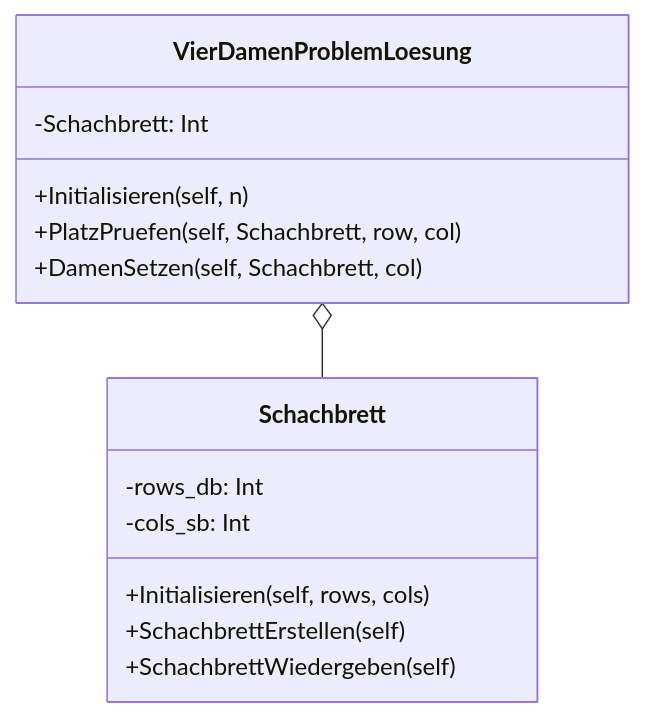
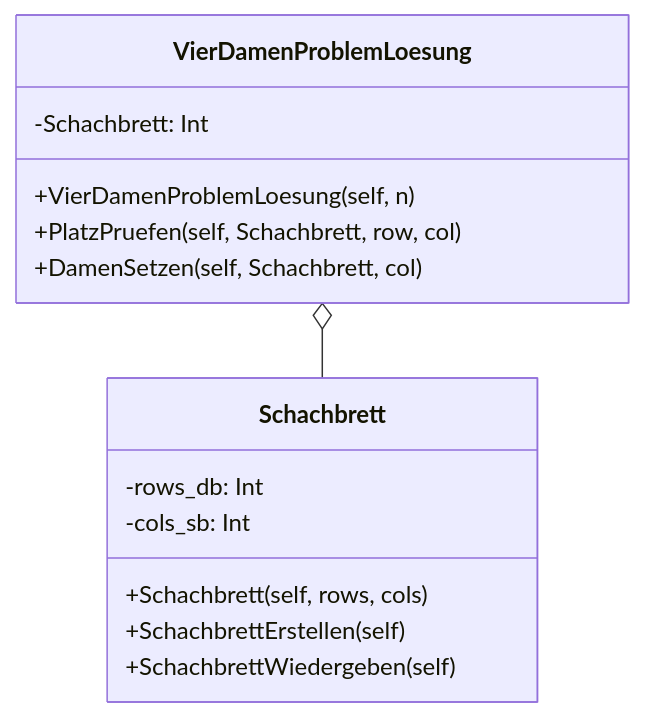
Before and after one commit to timcordua/Tim_Cordua_46808_4-Queens-Problem-4x4--field: the diagram in README.md, drawn with Mermaid.

````diff
--- a/README.md
+++ b/README.md
@@ -26,32 +26,32 @@
 ```mermaid
 classDiagram
 class  Schachbrett  {
 
 -rows_db:  Int
 
 -cols_sb:  Int
 
-+Initialisieren(self, rows, cols)
++Schachbrett(self, rows, cols)
 
 +SchachbrettErstellen(self)
 
 +SchachbrettWiedergeben(self)
 
 }
 
 class  VierDamenProblemLoesung  {
 
 -Schachbrett:  Int
 
-+Initialisieren(self, n)
++VierDamenProblemLoesung(self, n)
 
 +PlatzPruefen(self, Schachbrett, row, col)
 
 +DamenSetzen(self, Schachbrett, col)
 
 }
 
   
 
 VierDamenProblemLoesung  o--  Schachbrett
 ```
````
